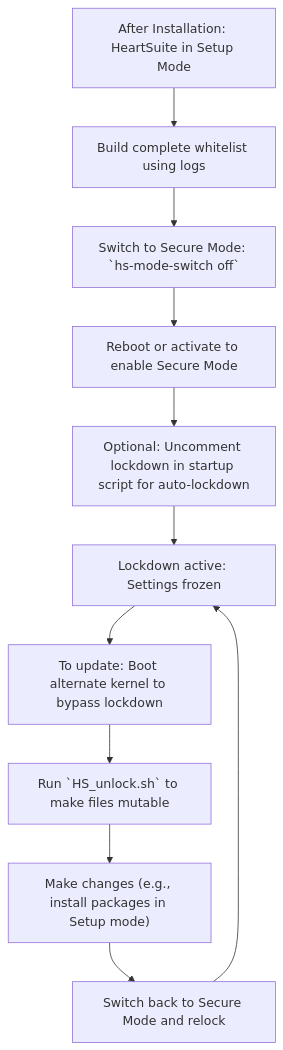
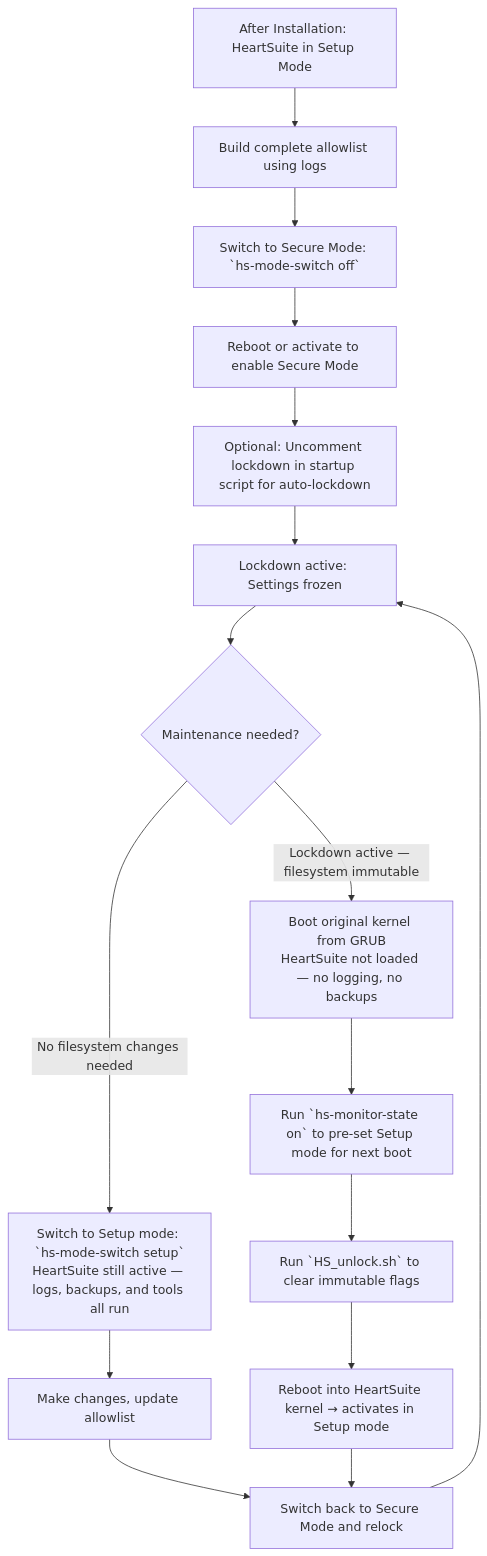
One commit to HeartSecuritySuite/heartsuite-docs changed the diagram in content/en/docs/mode-switching/index.md. Above: the diagram before and after it, drawn with Mermaid. The commit also changed other lines of this file and 28 other files, not shown here.

````diff
--- a/content/en/docs/mode-switching/index.md
+++ b/content/en/docs/mode-switching/index.md
@@ -25,13 +39,18 @@
 ```mermaid
 graph TD
-    A["After Installation: HeartSuite in Setup Mode"] --> B[Build complete whitelist using logs];
+    A["After Installation: HeartSuite in Setup Mode"] --> B[Build complete allowlist using logs];
     B --> C["Switch to Secure Mode: `hs-mode-switch off`"];
     C --> D[Reboot or activate to enable Secure Mode];
     D --> E["Optional: Uncomment lockdown in startup script for auto-lockdown"];
     E --> F["Lockdown active: Settings frozen"];
-    F --> G["To update: Boot alternate kernel to bypass lockdown"];
-    G --> H[Run `HS_unlock.sh` to make files mutable];
-    H --> I["Make changes (e.g., install packages in Setup mode)"];
-    I --> J[Switch back to Secure Mode and relock];
-    J --> F;
+    F --> G{Maintenance needed?};
+    G --> |"No filesystem changes needed"| H["Switch to Setup mode: `hs-mode-switch setup`\nHeartSuite still active — logs, backups, and tools all run"];
+    G --> |"Lockdown active — filesystem immutable"| I["Boot original kernel from GRUB\nHeartSuite not loaded — no logging, no backups"];
+    H --> J["Make changes, update allowlist"];
+    I --> K["Run `hs-monitor-state on` to pre-set Setup mode for next boot"];
+    K --> L["Run `HS_unlock.sh` to clear immutable flags"];
+    L --> M["Reboot into HeartSuite kernel → activates in Setup mode"];
+    J --> N[Switch back to Secure Mode and relock];
+    M --> N;
+    N --> F;
 ```
````
